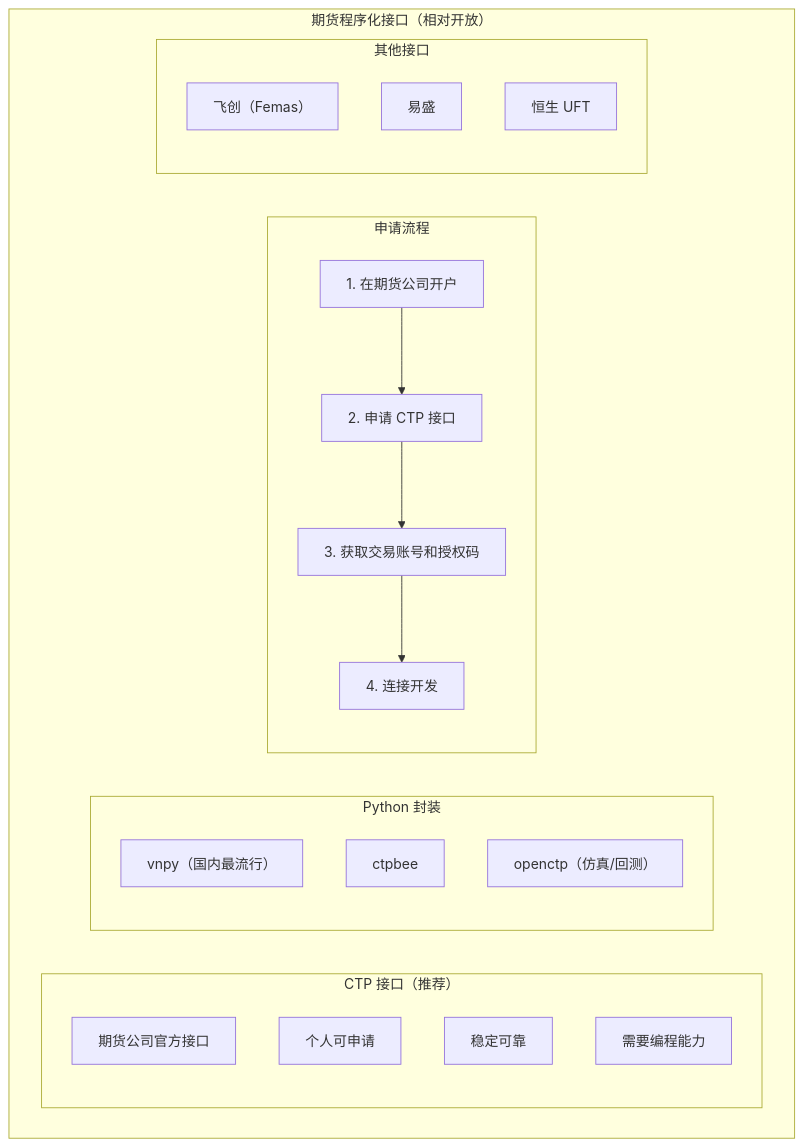
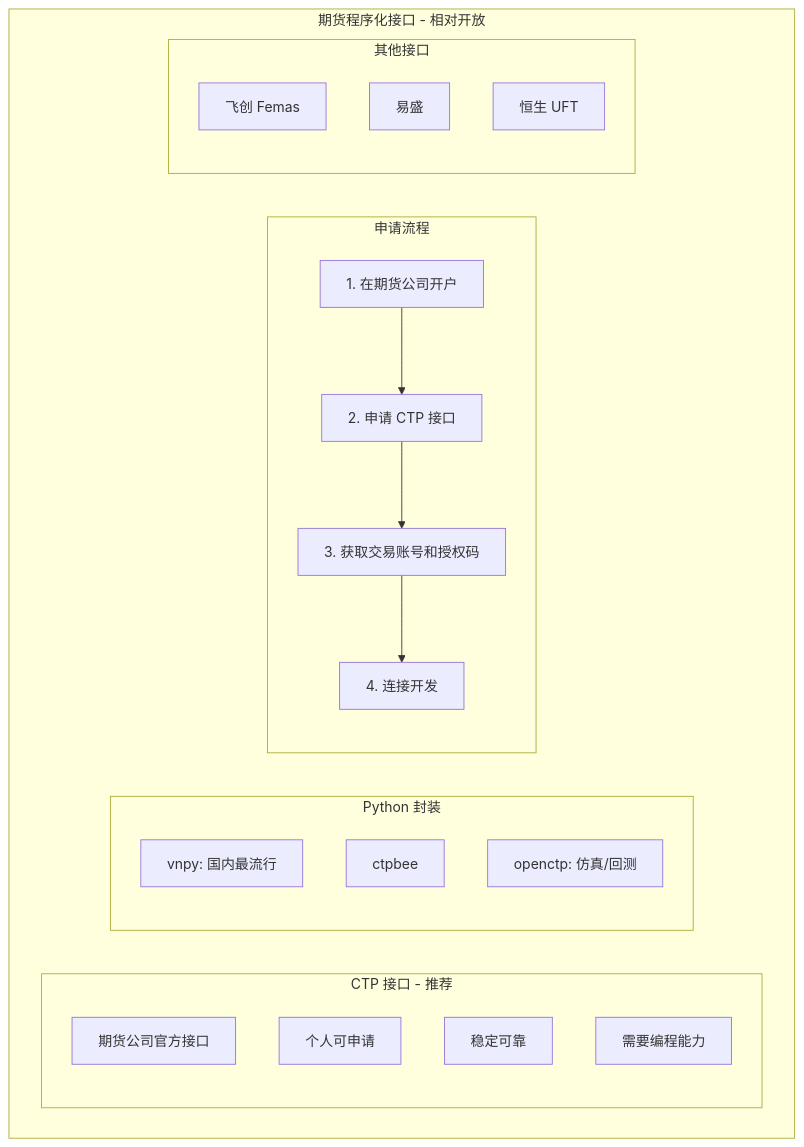
The third of 13 diagrams in content/articles/quant/quant-03-中国大陆量化交易接口与数据.md (jpixy/jpixy.github.io), drawn with Mermaid before and after one commit. The commit also changed other lines of this file and 66 other files, not shown here.

Commit message:
fix: resolve Mermaid syntax errors by removing parentheses in node labels

````diff
--- a/content/articles/quant/quant-03-中国大陆量化交易接口与数据.md
+++ b/content/articles/quant/quant-03-中国大陆量化交易接口与数据.md
@@ -113,28 +113,28 @@
 ```mermaid
 graph TB
-    subgraph 期货接口["期货程序化接口（相对开放）"]
-        subgraph CTP["CTP 接口（推荐）"]
+    subgraph 期货接口["期货程序化接口 - 相对开放"]
+        subgraph CTP["CTP 接口 - 推荐"]
             C1["期货公司官方接口"]
             C2["个人可申请"]
             C3["稳定可靠"]
             C4["需要编程能力"]
         end
         subgraph Python封装["Python 封装"]
-            P1["vnpy（国内最流行）"]
+            P1["vnpy: 国内最流行"]
             P2["ctpbee"]
-            P3["openctp（仿真/回测）"]
+            P3["openctp: 仿真/回测"]
         end
         subgraph 申请流程
             A1["1. 在期货公司开户"]
             A2["2. 申请 CTP 接口"]
             A3["3. 获取交易账号和授权码"]
             A4["4. 连接开发"]
         end
         subgraph 其他接口
-            O1["飞创（Femas）"]
+            O1["飞创 Femas"]
             O2["易盛"]
             O3["恒生 UFT"]
         end
     end
     A1 --> A2 --> A3 --> A4
 ```
````
